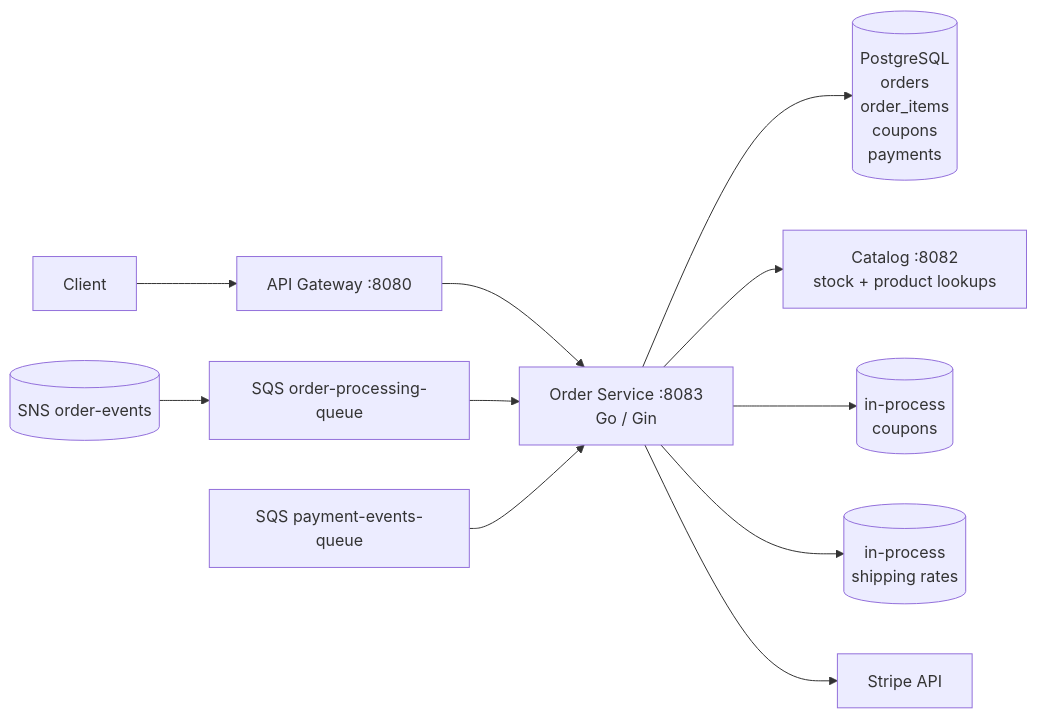
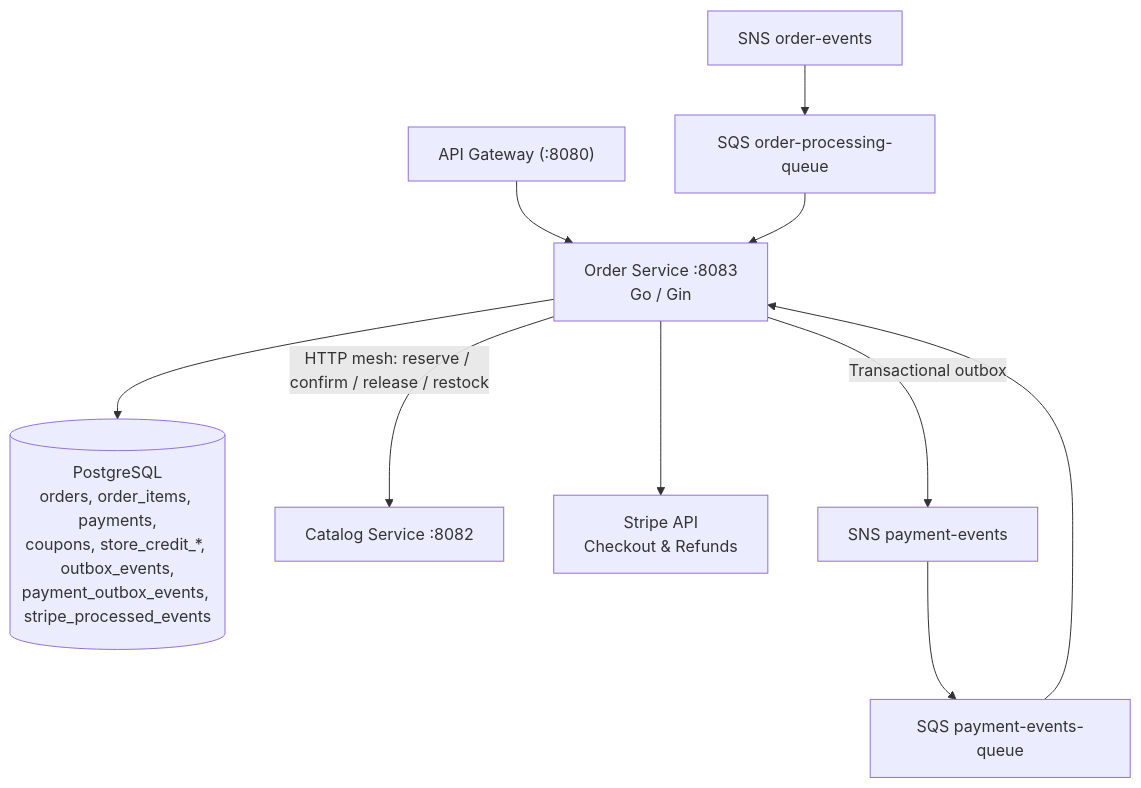
Before and after one commit to yashrajoria/E-Commerce-backend: the first of 2 diagrams in backend/services/order-service/README.md, drawn with Mermaid. The commit also changed other lines of this file and 11 other files, not shown here.

````diff
--- a/backend/services/order-service/README.md
+++ b/backend/services/order-service/README.md
@@ -18,13 +9,14 @@
 ```mermaid
-flowchart LR
-  Client[Client] --> Gateway[API Gateway :8080]
-  Gateway --> Order[Order Service :8083\nGo / Gin]
-  SNS[(SNS order-events)] --> CheckoutQ[SQS order-processing-queue]
+flowchart TD
+  Gateway["API Gateway (:8080)"] --> Order["Order Service :8083<br/>Go / Gin"]
+  SNS["SNS order-events"] --> CheckoutQ["SQS order-processing-queue"]
   CheckoutQ --> Order
-  Order --> PG[(PostgreSQL\norders\norder_items\ncoupons\npayments)]
-  Order --> Catalog[Catalog :8082\nstock + product lookups]
-  Order --> Coupons[(in-process\ncoupons)]
-  Order --> Shipping[(in-process\nshipping rates)]
-  Order --> Stripe[Stripe API]
-  PaymentEvents[SQS payment-events-queue] --> Order
+
+  Order --> PG[("PostgreSQL<br/>orders, order_items, payments,<br/>coupons, store_credit_*, outbox_events,<br/>payment_outbox_events, stripe_processed_events")]
+  Order -->|"HTTP mesh: reserve / confirm / release / restock"| Catalog["Catalog Service :8082"]
+  Order --> Stripe["Stripe API<br/>Checkout & Refunds"]
+
+  Order -->|"Transactional outbox"| OutboxSNS["SNS payment-events"]
+  OutboxSNS --> PaymentEventsQ["SQS payment-events-queue"]
+  PaymentEventsQ --> Order
 ```
````
